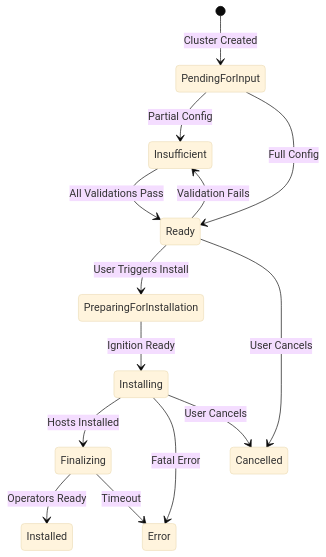
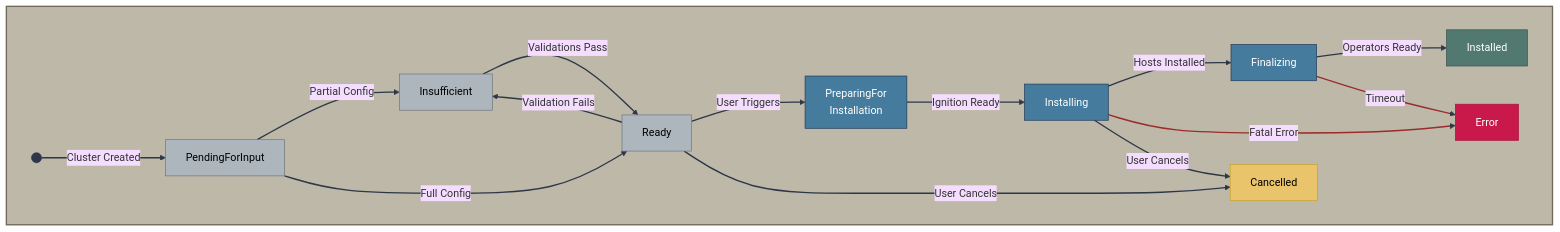
The ninth of 11 diagrams in 09-diagrams/component-diagrams.md (zszabo-rh/openshift-install-guide), drawn with Mermaid (base theme) before and after one commit. The commit also changed other lines of this file and 16 other files, not shown here.

Commit message:
improved diagram style

````diff
--- a/09-diagrams/component-diagrams.md
+++ b/09-diagrams/component-diagrams.md
@@ -433,21 +574,40 @@
 ```mermaid
-stateDiagram-v2
-    [*] --> PendingForInput: Cluster Created
+flowchart LR
+    subgraph background[" "]
+        direction LR
+        
+        START(( )) -->|Cluster Created| PendingForInput
+        
+        PendingForInput -->|Partial Config| Insufficient
+        PendingForInput -->|Full Config| Ready
+        Insufficient -->|Validations Pass| Ready
+        Ready -->|Validation Fails| Insufficient
+        
+        Ready -->|User Triggers| Preparing[PreparingFor<br/>Installation]
+        Preparing -->|Ignition Ready| Installing
+        Installing -->|Hosts Installed| Finalizing
+        Finalizing -->|Operators Ready| Installed
+        
+        Installing -->|Fatal Error| Error
+        Finalizing -->|Timeout| Error
+        
+        Ready -->|User Cancels| Cancelled
+        Installing -->|User Cancels| Cancelled
+    end
     
-    PendingForInput --> Insufficient: Partial Config
-    PendingForInput --> Ready: Full Config
+    style START fill:#2d3748,stroke:#2d3748
+    style PendingForInput fill:#adb5bd,stroke:#6c757d,color:#000
+    style Insufficient fill:#adb5bd,stroke:#6c757d,color:#000
+    style Ready fill:#adb5bd,stroke:#6c757d,color:#000
+    style Preparing fill:#457b9d,stroke:#1d3557,color:#fff
+    style Installing fill:#457b9d,stroke:#1d3557,color:#fff
+    style Finalizing fill:#457b9d,stroke:#1d3557,color:#fff
+    style Installed fill:#52796f,stroke:#354f52,color:#fff
+    style Error fill:#c9184a,stroke:#a4133c,color:#fff
+    style Cancelled fill:#e9c46a,stroke:#c9a227,color:#000
     
-    Insufficient --> Ready: All Validations Pass
-    Ready --> Insufficient: Validation Fails
+    style background fill:#beb8a8,stroke:#706858,stroke-width:2px,color:#2d2d2d
     
-    Ready --> PreparingForInstallation: User Triggers Install
-    PreparingForInstallation --> Installing: Ignition Ready
-    Installing --> Finalizing: Hosts Installed
-    Finalizing --> Installed: Operators Ready
-    
-    Installing --> Error: Fatal Error
-    Finalizing --> Error: Timeout
-    
-    Ready --> Cancelled: User Cancels
-    Installing --> Cancelled: User Cancels
+    linkStyle default stroke:#2d3748,stroke-width:2px
+    linkStyle 9,10 stroke:#9b2c2c,stroke-width:2px
 ```
````
